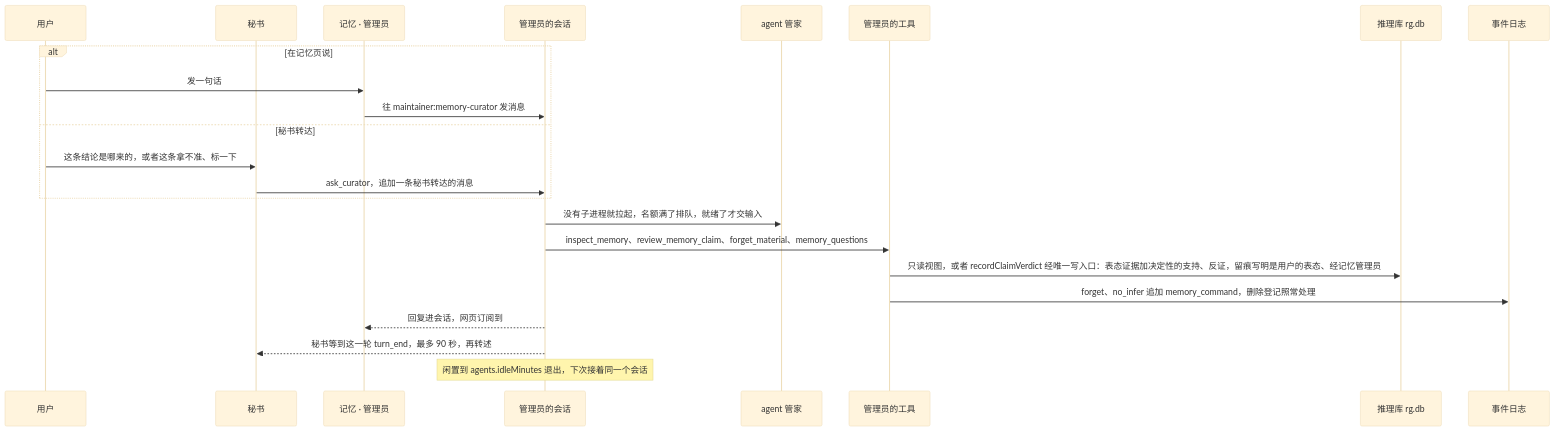
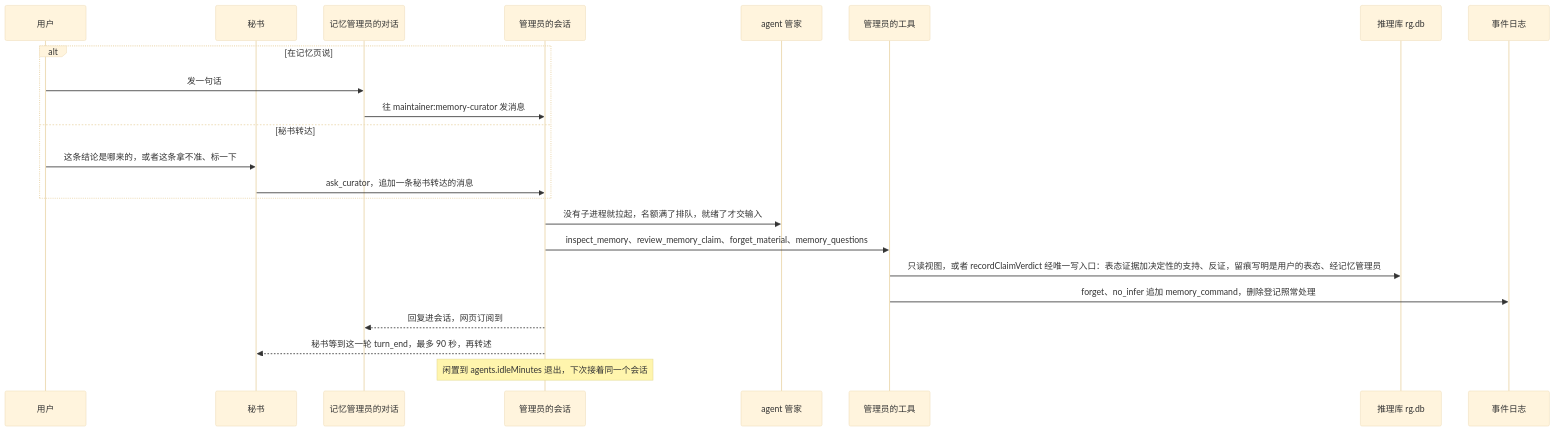
Diagram 18 of 21 in docs/memory-system.md (catmaniii/ergo), drawn with Mermaid (base theme) before and after one commit. The commit also changed other lines of this file and 69 other files, not shown here.

````diff
--- a/docs/memory-system.md
+++ b/docs/memory-system.md
@@ -1629,25 +1629,25 @@
 ```mermaid
 sequenceDiagram
   participant U as 用户
   participant S as 秘书
-  participant W as 记忆 · 管理员
+  participant W as 记忆管理员的对话
   participant C as 管理员的会话
   participant G as agent 管家
   participant T as 管理员的工具
   participant R as 推理库 rg.db
   participant ES as 事件日志
   alt 在记忆页说
     U->>W: 发一句话
     W->>C: 往 maintainer:memory-curator 发消息
   else 秘书转达
     U->>S: 这条结论是哪来的，或者这条拿不准、标一下
     S->>C: ask_curator，追加一条秘书转达的消息
   end
   C->>G: 没有子进程就拉起，名额满了排队，就绪了才交输入
   C->>T: inspect_memory、review_memory_claim、forget_material、memory_questions
   T->>R: 只读视图，或者 recordClaimVerdict 经唯一写入口：表态证据加决定性的支持、反证，留痕写明是用户的表态、经记忆管理员
   T->>ES: forget、no_infer 追加 memory_command，删除登记照常处理
   C-->>W: 回复进会话，网页订阅到
   C-->>S: 秘书等到这一轮 turn_end，最多 90 秒，再转述
   Note over C: 闲置到 agents.idleMinutes 退出，下次接着同一个会话
 ```
````
